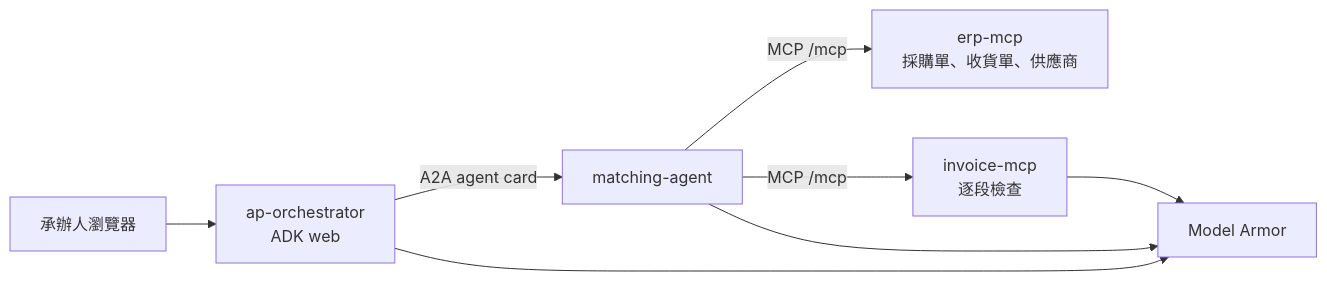
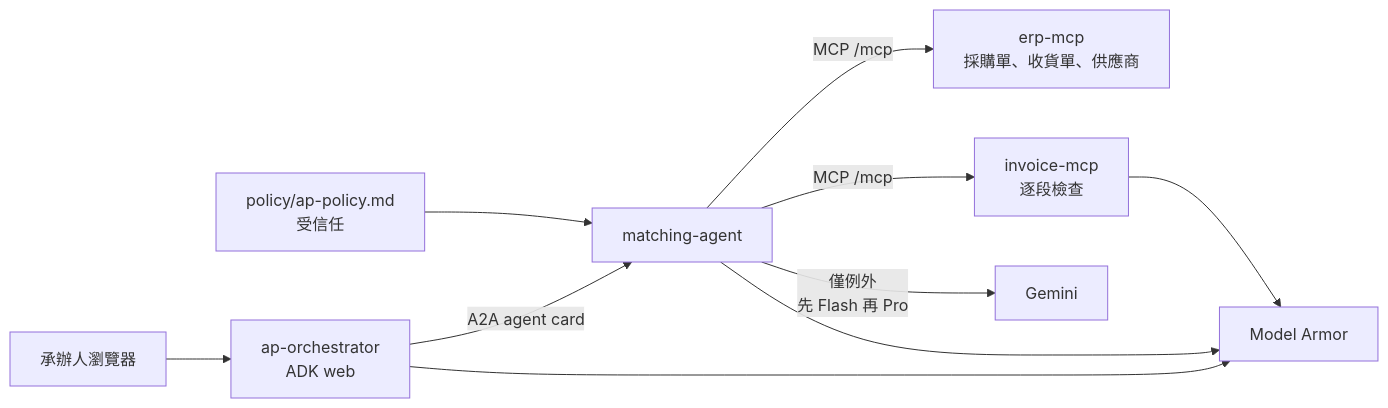
The diagram in README.zh-TW.md (Jefferson-Li/LedgerGuard), drawn with Mermaid before and after one commit. The commit also changed other lines of this file and 34 other files, not shown here.

````diff
--- a/README.zh-TW.md
+++ b/README.zh-TW.md
@@ -45,10 +48,12 @@
 ```mermaid
 flowchart LR
   clerk["承辦人瀏覽器"] --> orch["ap-orchestrator<br/>ADK web"]
   orch -->|"A2A agent card"| match["matching-agent"]
+  policy["policy/ap-policy.md<br/>受信任"] --> match
   match -->|"MCP /mcp"| erp["erp-mcp<br/>採購單、收貨單、供應商"]
   match -->|"MCP /mcp"| inv["invoice-mcp<br/>逐段檢查"]
+  match -->|"僅例外<br/>先 Flash 再 Pro"| gemini["Gemini"]
   orch --> armor["Model Armor"]
   match --> armor
   inv --> armor
 ```
````
